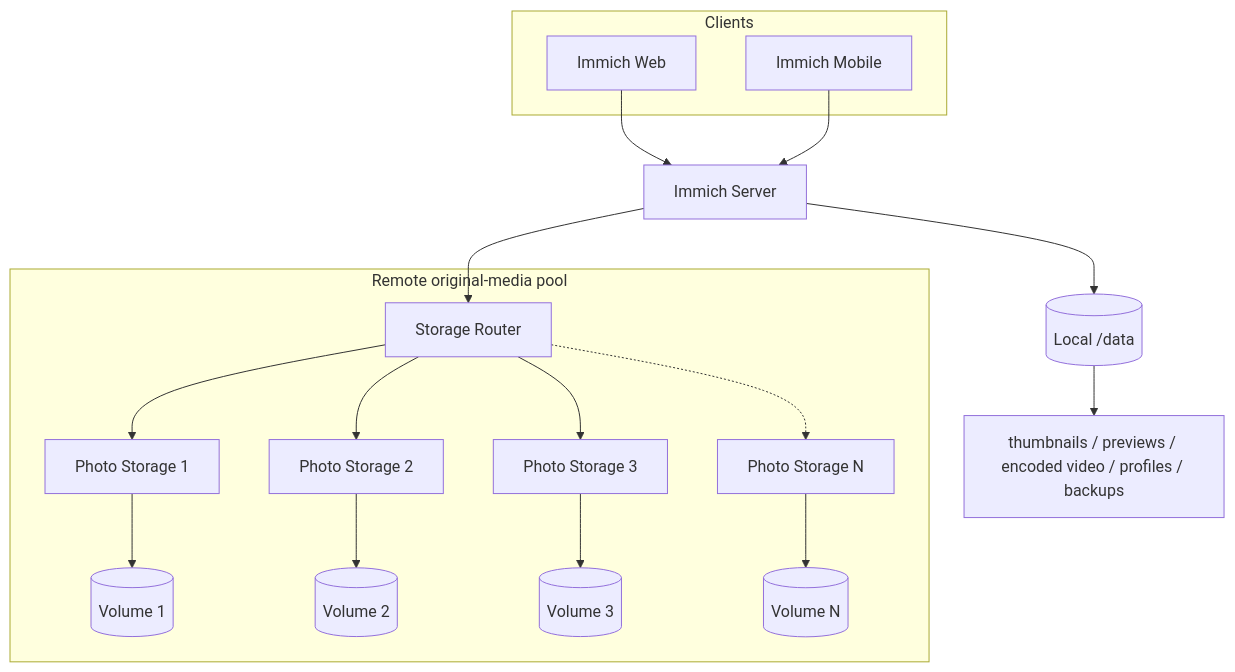
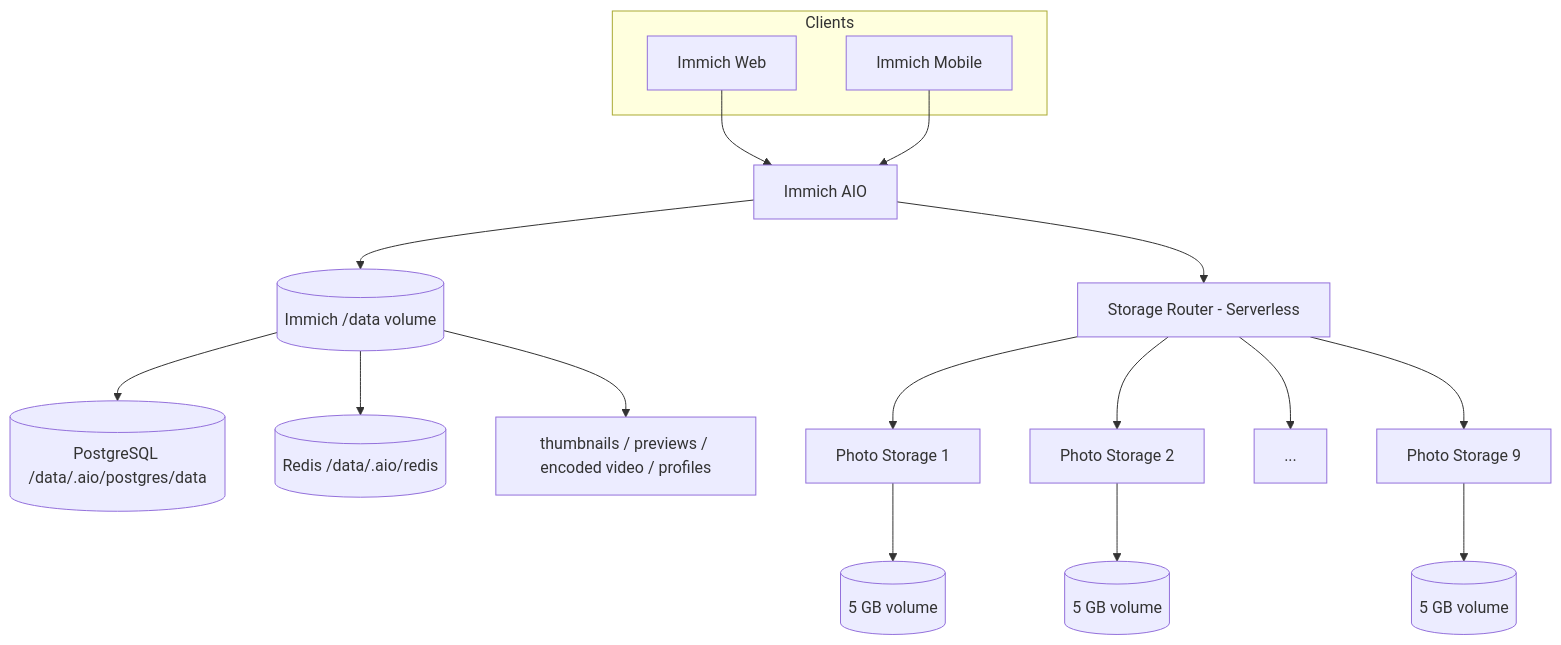
Before and after one commit to bowardzhang/immich: the diagram in RAILWAY_REMOTE_STORAGE.en.md, drawn with Mermaid. The commit also changed other lines of this file, not shown here.

Commit message:
docs(railway): update English production architecture after cleanup

````diff
--- a/RAILWAY_REMOTE_STORAGE.en.md
+++ b/RAILWAY_REMOTE_STORAGE.en.md
@@ -16,26 +21,26 @@
 ```mermaid
 flowchart TB
     subgraph Clients
       W[Immich Web]
       M[Immich Mobile]
     end
 
-    W --> I[Immich Server]
+    W --> I[Immich AIO]
     M --> I
 
-    I --> D[(Local /data)]
-    I --> R[Storage Router]
+    I --> D[(Immich /data volume)]
+    I --> R[Storage Router - Serverless]
 
-    subgraph RemoteMedia[Remote original-media pool]
-      R --> S1[Photo Storage 1]
-      R --> S2[Photo Storage 2]
-      R --> S3[Photo Storage 3]
-      R -.-> SN[Photo Storage N]
-      S1 --> V1[(Volume 1)]
-      S2 --> V2[(Volume 2)]
-      S3 --> V3[(Volume 3)]
-      SN --> VN[(Volume N)]
-    end
+    D --> DB[(PostgreSQL /data/.aio/postgres/data)]
+    D --> RD[(Redis /data/.aio/redis)]
+    D --> DER[thumbnails / previews / encoded video / profiles]
 
-    D --> O[thumbnails / previews / encoded video / profiles / backups]
+    R --> S1[Photo Storage 1]
+    R --> S2[Photo Storage 2]
+    R --> SX[...]
+    R --> S9[Photo Storage 9]
+
+    S1 --> V1[(5 GB volume)]
+    S2 --> V2[(5 GB volume)]
+    S9 --> V9[(5 GB volume)]
 ```
````
